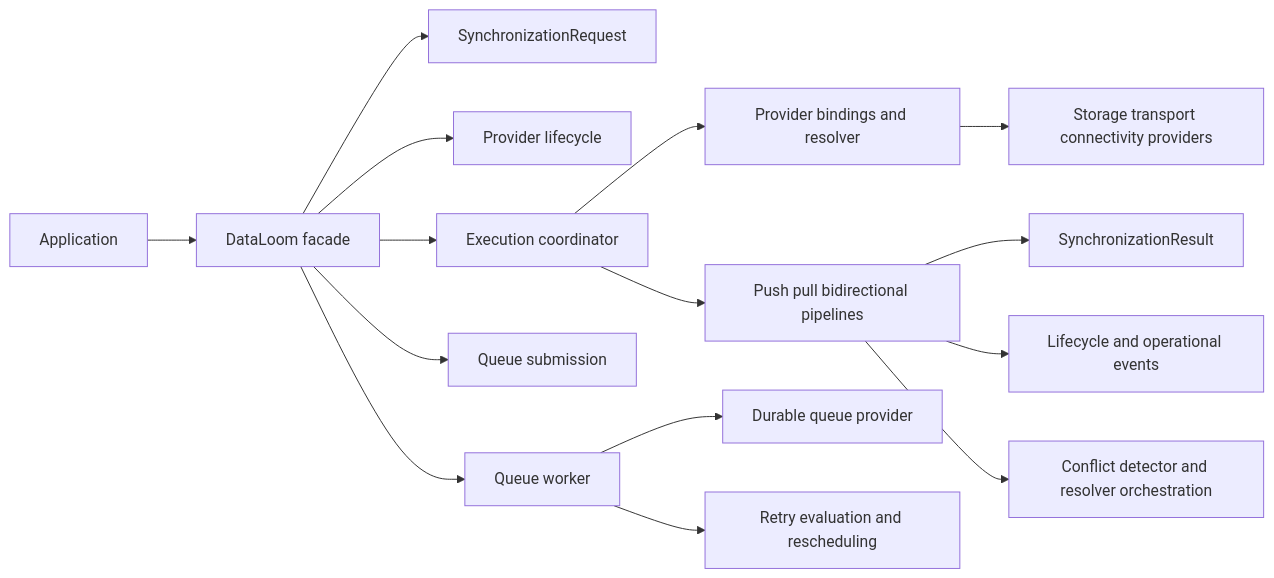
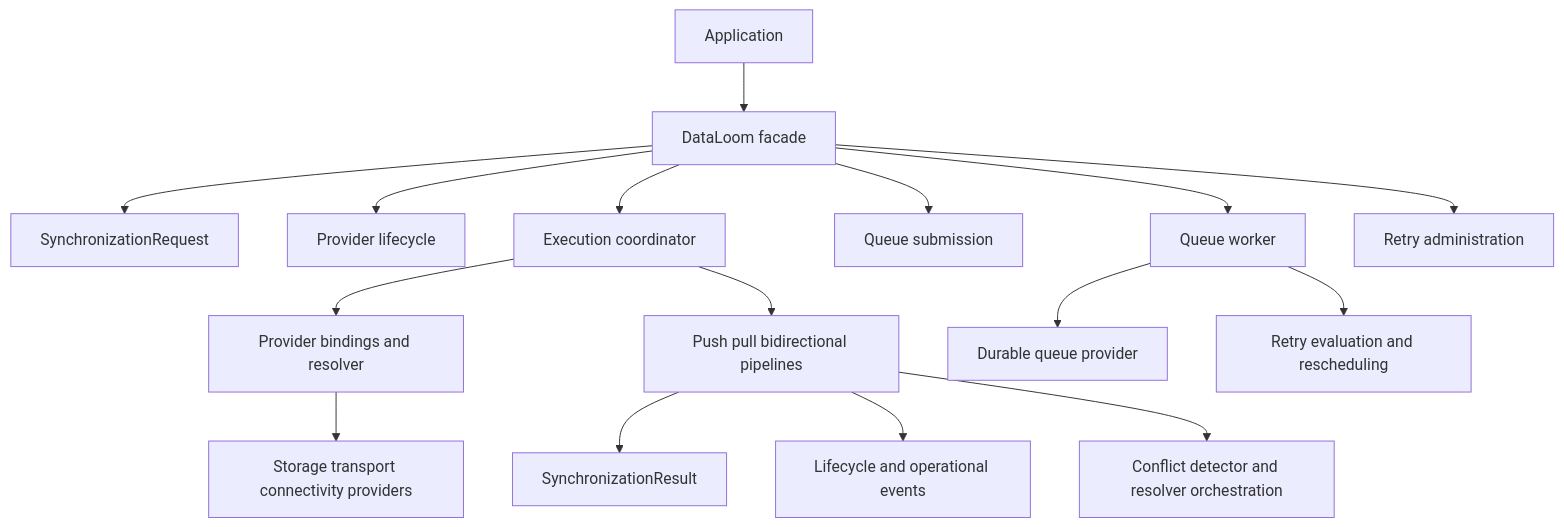
Before and after one commit to dataloom-sdk/dataloom: the diagram in docs/api/README.md, drawn with Mermaid. The commit also changed other lines of this file and 13 other files, not shown here.

First line of the commit message:
DL-040: assemble retry administration facade (#152)

````diff
--- a/docs/api/README.md
+++ b/docs/api/README.md
@@ -24,17 +24,18 @@
 ```mermaid
-flowchart LR
+flowchart TB
     App[Application] --> Facade[DataLoom facade]
     Facade --> Request[SynchronizationRequest]
     Facade --> Lifecycle[Provider lifecycle]
     Facade --> Execution[Execution coordinator]
     Facade --> Submission[Queue submission]
     Facade --> Worker[Queue worker]
+    Facade --> Administration[Retry administration]
     Execution --> Bindings[Provider bindings and resolver]
     Bindings --> Providers[Storage transport connectivity providers]
     Execution --> Pipelines[Push pull bidirectional pipelines]
     Pipelines --> Results[SynchronizationResult]
     Pipelines --> Events[Lifecycle and operational events]
     Worker --> Queue[Durable queue provider]
     Worker --> Retry[Retry evaluation and rescheduling]
     Pipelines --> Conflict[Conflict detector and resolver orchestration]
 ```
````
